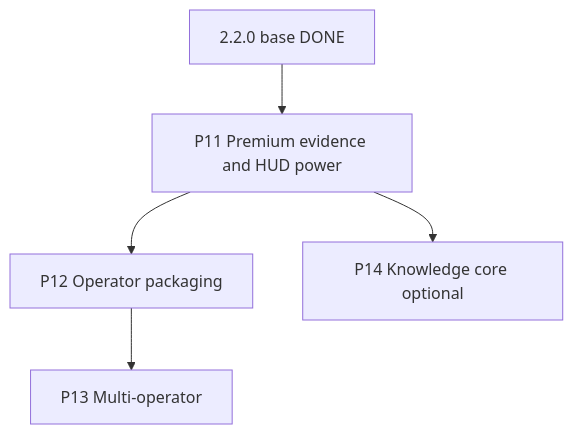
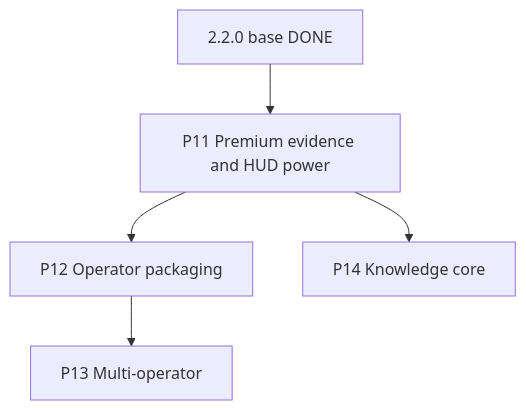
The diagram in docs/EVOLUTION.md (genpozi/starship-hud), drawn with Mermaid before and after one commit. The commit also changed other lines of this file and 32 other files, not shown here.

````diff
--- a/docs/EVOLUTION.md
+++ b/docs/EVOLUTION.md
@@ -34,12 +32,12 @@
 ```mermaid
 graph TD
     Base["2.2.0 base DONE"]
     P11["P11 Premium evidence and HUD power"]
     P12["P12 Operator packaging"]
     P13["P13 Multi-operator"]
-    P14["P14 Knowledge core optional"]
+    P14["P14 Knowledge core"]
     Base --> P11
     P11 --> P12
     P12 --> P13
     P11 --> P14
 ```
````
